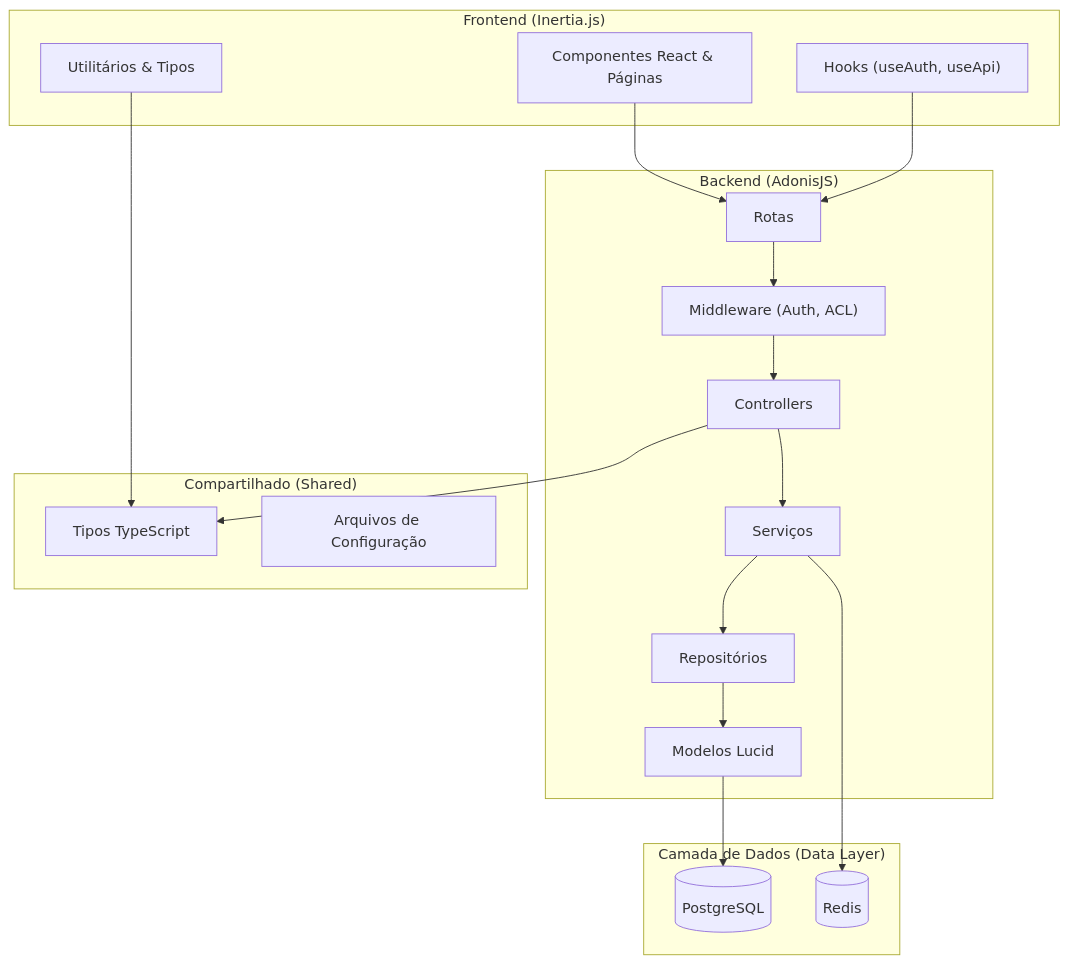
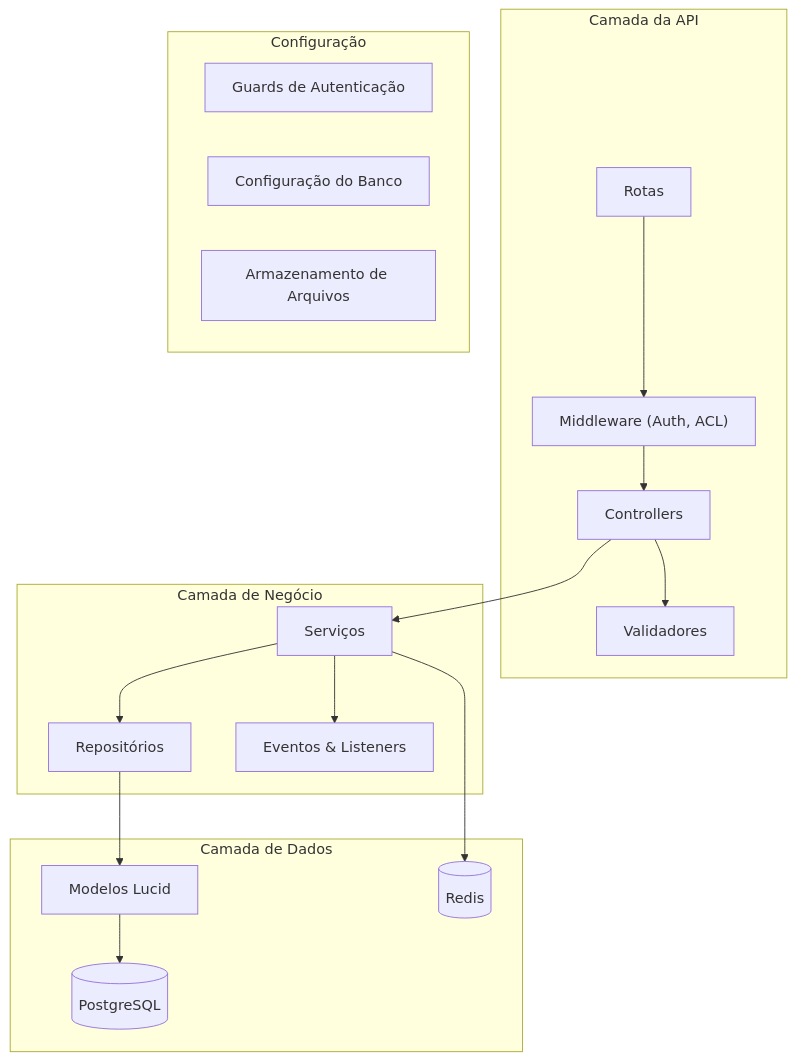
Before and after one commit to gabrielmaialva33/adonis-kit: the diagram in README-pt.md, drawn with Mermaid. The commit also changed other lines of this file, not shown here.

Commit message:
chore: update README-pt to reflect migration from Adonis Web Kit to Adonis Kit and API-only focus

````diff
--- a/README-pt.md
+++ b/README-pt.md
@@ -42,41 +36,37 @@
 ```mermaid
 graph TD
-    subgraph "Frontend (Inertia.js)"
-        FE_UI[Componentes React & Páginas]
-        FE_HOOKS["Hooks (useAuth, useApi)"]
-        FE_UTILS[Utilitários & Tipos]
+    subgraph "Camada da API"
+        API_ROUTES[Rotas]
+        API_MW["Middleware (Auth, ACL)"]
+        API_CTRL[Controllers]
+        API_VALIDATORS[Validadores]
     end
 
-    subgraph "Backend (AdonisJS)"
-        BE_ROUTES[Rotas]
-        BE_MW["Middleware (Auth, ACL)"]
-        BE_CTRL[Controllers]
-        BE_SERVICES[Serviços]
-        BE_REPOS[Repositórios]
-        BE_MODELS[Modelos Lucid]
+    subgraph "Camada de Negócio"
+        BL_SERVICES[Serviços]
+        BL_REPOS[Repositórios]
+        BL_EVENTS[Eventos & Listeners]
     end
 
-    subgraph "Compartilhado (Shared)"
-        SHARED_TYPES[Tipos TypeScript]
-        SHARED_CONFIG[Arquivos de Configuração]
+    subgraph "Camada de Dados"
+        DL_MODELS[Modelos Lucid]
+        DL_DB[(PostgreSQL)]
+        DL_CACHE[(Redis)]
     end
 
-    subgraph "Camada de Dados (Data Layer)"
-        DB[(PostgreSQL)]
-        CACHE[(Redis)]
+    subgraph "Configuração"
+        CONF_AUTH[Guards de Autenticação]
+        CONF_DB[Configuração do Banco]
+        CONF_STORAGE[Armazenamento de Arquivos]
     end
 
-    FE_UI --> BE_ROUTES
-    BE_ROUTES --> BE_MW
-    BE_MW --> BE_CTRL
-    BE_CTRL --> BE_SERVICES
-    BE_SERVICES --> BE_REPOS
-    BE_REPOS --> BE_MODELS
-    BE_MODELS --> DB
-
-    BE_SERVICES --> CACHE
-    FE_HOOKS --> BE_ROUTES
-
-    FE_UTILS --> SHARED_TYPES
-    BE_CTRL --> SHARED_TYPES
+    API_ROUTES --> API_MW
+    API_MW --> API_CTRL
+    API_CTRL --> API_VALIDATORS
+    API_CTRL --> BL_SERVICES
+    BL_SERVICES --> BL_REPOS
+    BL_SERVICES --> BL_EVENTS
+    BL_REPOS --> DL_MODELS
+    DL_MODELS --> DL_DB
+    BL_SERVICES --> DL_CACHE
 ```
````
